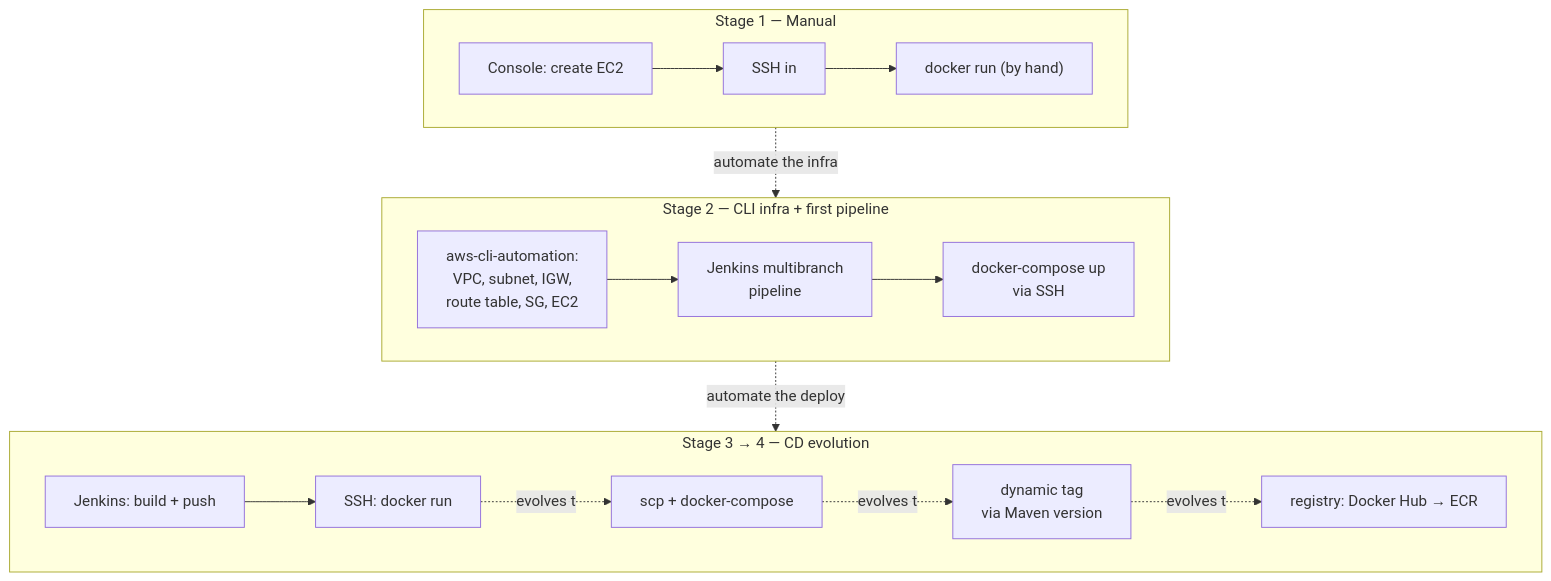
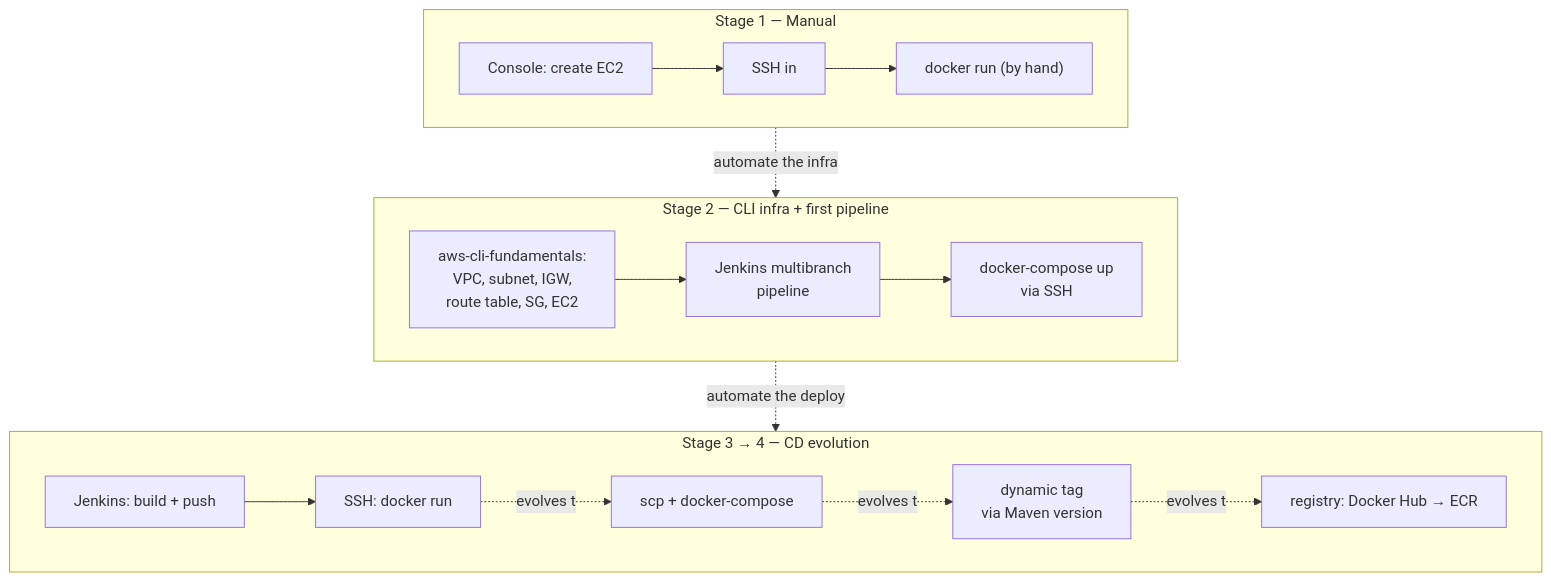
Before and after one commit to m-bengueddache/aws-ec2-cicd-pipeline: the diagram in README.md, drawn with Mermaid. The commit also changed other lines of this file, not shown here.

First line of the commit message:
docs: update references from aws-cli-automation to aws-cli-fundamentals

````diff
--- a/README.md
+++ b/README.md
@@ -33,17 +33,17 @@
 ```mermaid
 flowchart TD
     subgraph S1["Stage 1 — Manual"]
         A1[Console: create EC2] --> A2[SSH in] --> A3["docker run (by hand)"]
     end
     subgraph S2["Stage 2 — CLI infra + first pipeline"]
-        B1["aws-cli-automation:\nVPC, subnet, IGW,\nroute table, SG, EC2"] --> B2["Jenkins multibranch\npipeline"] --> B3["docker-compose up\nvia SSH"]
+        B1["aws-cli-fundamentals:\nVPC, subnet, IGW,\nroute table, SG, EC2"] --> B2["Jenkins multibranch\npipeline"] --> B3["docker-compose up\nvia SSH"]
     end
     subgraph S3["Stage 3 → 4 — CD evolution"]
         C1["Jenkins: build + push"] --> C2["SSH: docker run"]
         C2 -.evolves to.-> C3["scp + docker-compose"]
         C3 -.evolves to.-> C4["dynamic tag\nvia Maven version"]
         C4 -.evolves to.-> C5["registry: Docker Hub → ECR"]
     end
     S1 -."automate the infra".-> S2
     S2 -."automate the deploy".-> S3
 ```
````
